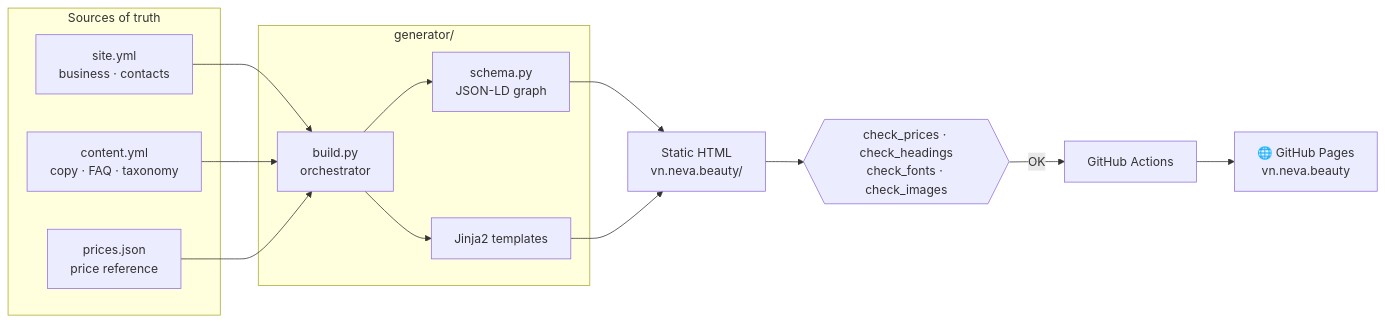
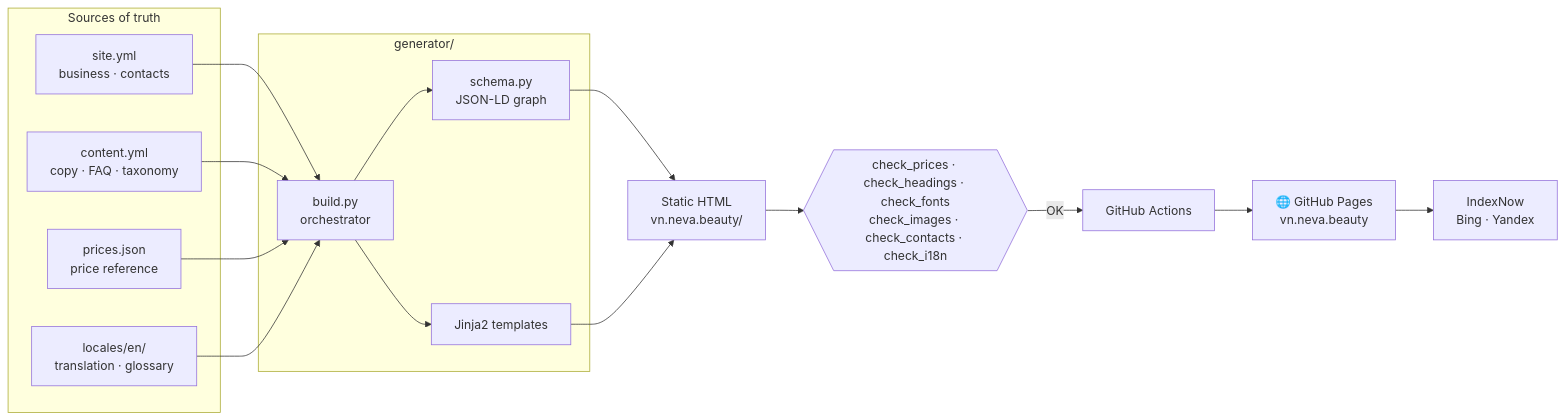
Before and after one commit to jw-git-hub/vn.neva.beauty: the diagram in README.en.md, drawn with Mermaid. The commit also changed other lines of this file and 1 other file, not shown here.

Commit message:
README на двух языках описывает двуязычный сайт: русский в корне и английский под /en/ (15 страниц на язык), переключатель и автовыбор языка, перевод накладкой с глоссарием и автотестом пар, проверки деплоя, IndexNow, типографику сборки и английские имена картинок

````diff
--- a/README.en.md
+++ b/README.en.md
@@ -196,23 +211,26 @@
 ```mermaid
 flowchart LR
     subgraph SRC["Sources of truth"]
         A["site.yml<br/>business · contacts"]
         B["content.yml<br/>copy · FAQ · taxonomy"]
         C["prices.json<br/>price reference"]
+        L["locales/en/<br/>translation · glossary"]
     end
     subgraph GEN["generator/"]
         D["build.py<br/>orchestrator"]
         E["schema.py<br/>JSON-LD graph"]
         F["Jinja2 templates"]
     end
     A --> D
     B --> D
     C --> D
+    L --> D
     D --> E
     D --> F
     E --> G["Static HTML<br/>vn.neva.beauty/"]
     F --> G
-    G --> H{{"check_prices · check_headings<br/>check_fonts · check_images"}}
+    G --> H{{"check_prices · check_headings · check_fonts<br/>check_images · check_contacts · check_i18n"}}
     H -->|OK| I["GitHub Actions"]
     I --> J["🌐 GitHub Pages<br/>vn.neva.beauty"]
+    J --> K["IndexNow<br/>Bing · Yandex"]
 ```
````
